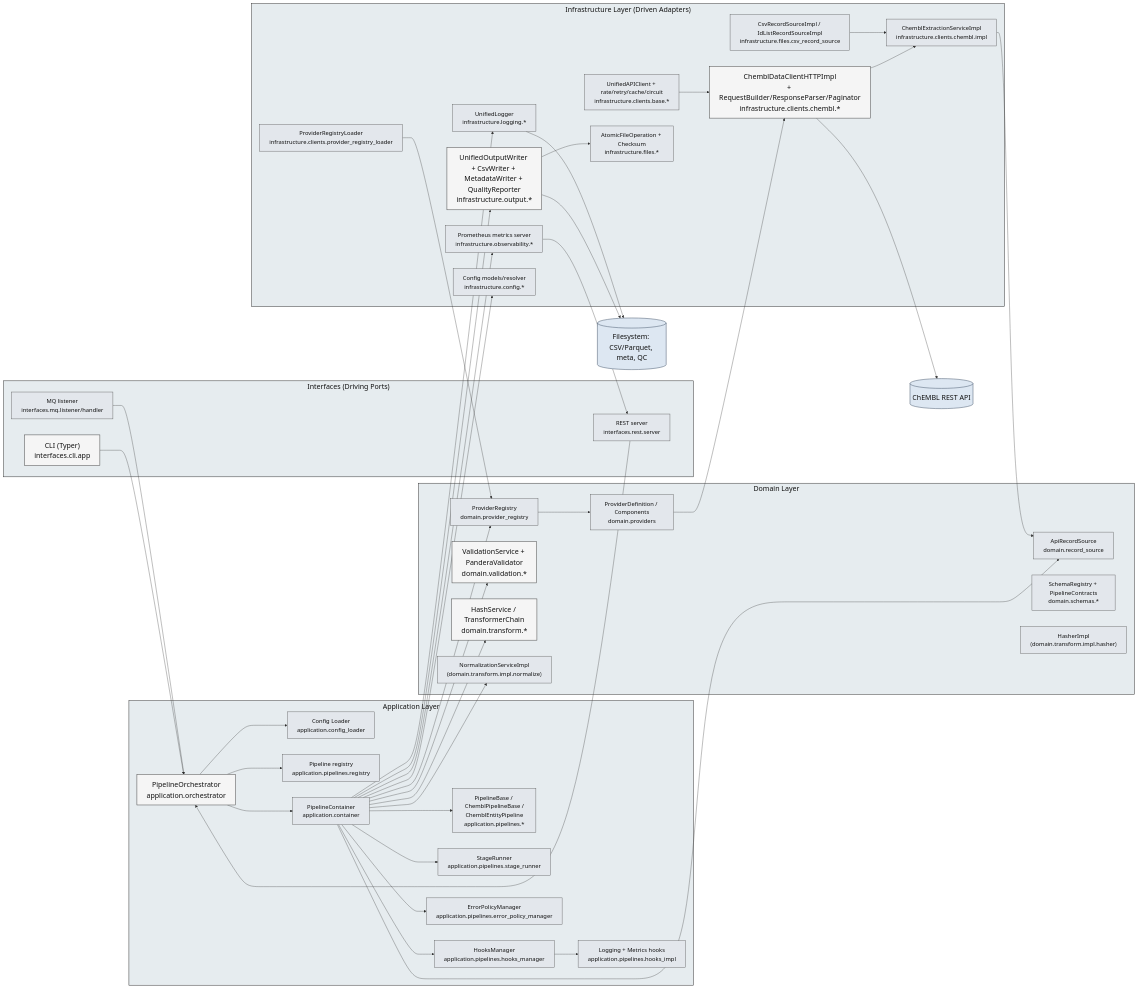
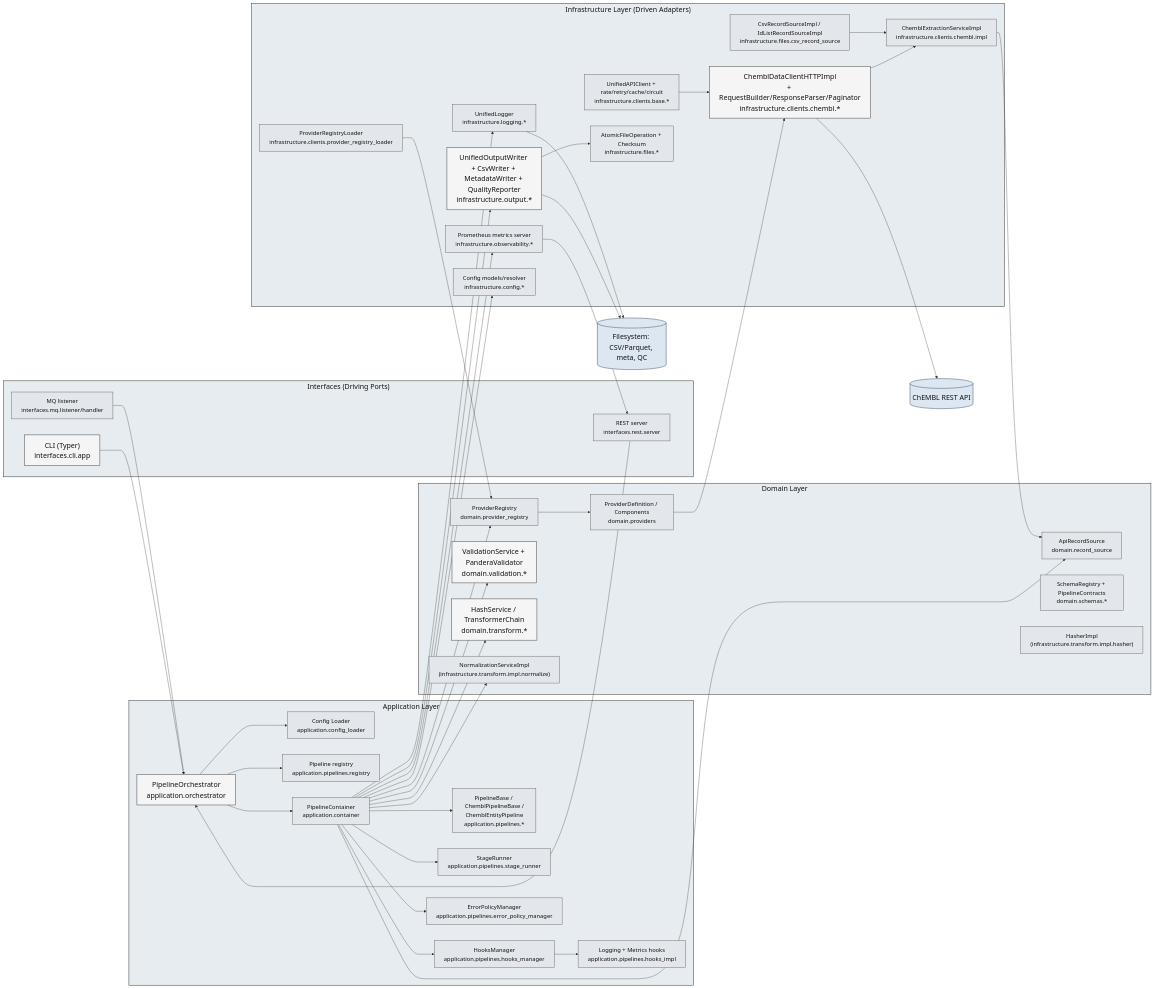
The diagram in docs/architecture/diagrams/flow/project-package-structure.mmd (SatoryKono/BioactivityDataAcquisition), drawn with Mermaid before and after one commit. The commit also changed 29 other files, not shown here.

Commit message:
Refactor normalization implementations to infrastructure layer

```diff
--- a/docs/architecture/diagrams/flow/project-package-structure.mmd
+++ b/docs/architecture/diagrams/flow/project-package-structure.mmd
@@ -1,91 +1,91 @@
 ---
 id: e68c4503-315d-4046-98fd-934e38b85e98
 ---
 flowchart LR
 
 classDef componentPrimary   fill:#f5f5f5,stroke:#444,stroke-width:1.5px,color:#111,font-size:22px;
 classDef componentSecondary fill:#e3e7ec,stroke:#555,stroke-width:1.2px,color:#111,font-size:18px;
 classDef external           fill:#dde7f2,stroke:#44546a,stroke-width:1.5px,color:#111,font-size:22px;
 classDef group              fill:#e6ecef,stroke:#333,stroke-width:1.5px,color:#111,font-size:22px;
 
 subgraph Interfaces["Interfaces (Driving Ports)"]
   CLI["CLI (Typer)\ninterfaces.cli.app"]:::componentPrimary
   REST["REST server\ninterfaces.rest.server"]:::componentSecondary
   MQ["MQ listener\ninterfaces.mq.listener/handler"]:::componentSecondary
 end
 class Interfaces group;
 
 subgraph Application["Application Layer"]
   Orchestrator["PipelineOrchestrator\napplication.orchestrator"]:::componentPrimary
   ConfigLoader["Config Loader\napplication.config_loader"]:::componentSecondary
   PipelineRegistry["Pipeline registry\napplication.pipelines.registry"]:::componentSecondary
   Container["PipelineContainer\napplication.container"]:::componentSecondary
   Pipelines["PipelineBase / ChemblPipelineBase /\nChemblEntityPipeline\napplication.pipelines.*"]:::componentSecondary
   StageRunner["StageRunner\napplication.pipelines.stage_runner"]:::componentSecondary
   HooksManager["HooksManager\napplication.pipelines.hooks_manager"]:::componentSecondary
   ErrorPolicyMgr["ErrorPolicyManager\napplication.pipelines.error_policy_manager"]:::componentSecondary
   HooksImpl["Logging + Metrics hooks\napplication.pipelines.hooks_impl"]:::componentSecondary
 end
 class Application group;
 
 subgraph Domain["Domain Layer"]
   ProviderRegistry["ProviderRegistry\ndomain.provider_registry"]:::componentSecondary
   Providers["ProviderDefinition / Components\ndomain.providers"]:::componentSecondary
   RecordSource["ApiRecordSource\ndomain.record_source"]:::componentSecondary
   Validation["ValidationService + PanderaValidator\ndomain.validation.*"]:::componentPrimary
   Schemas["SchemaRegistry + PipelineContracts\ndomain.schemas.*"]:::componentSecondary
   Transform["HashService / TransformerChain\ndomain.transform.*"]:::componentPrimary
-  Normalization["NormalizationServiceImpl\n(domain.transform.impl.normalize)"]:::componentSecondary
-  Hashing["HasherImpl\n(domain.transform.impl.hasher)"]:::componentSecondary
+  Normalization["NormalizationServiceImpl\n(infrastructure.transform.impl.normalize)"]:::componentSecondary
+  Hashing["HasherImpl\n(infrastructure.transform.impl.hasher)"]:::componentSecondary
 end
 class Domain group;
 
 subgraph Infrastructure["Infrastructure Layer (Driven Adapters)"]
   ProviderLoader["ProviderRegistryLoader\ninfrastructure.clients.provider_registry_loader"]:::componentSecondary
   ClientsBase["UnifiedAPIClient + rate/retry/cache/circuit\ninfrastructure.clients.base.*"]:::componentSecondary
   ChemblClient["ChemblDataClientHTTPImpl\n+ RequestBuilder/ResponseParser/Paginator\ninfrastructure.clients.chembl.*"]:::componentPrimary
   Extraction["ChemblExtractionServiceImpl\ninfrastructure.clients.chembl.impl"]:::componentSecondary
   RecordSources["CsvRecordSourceImpl / IdListRecordSourceImpl\ninfrastructure.files.csv_record_source"]:::componentSecondary
   Output["UnifiedOutputWriter + CsvWriter + MetadataWriter + QualityReporter\ninfrastructure.output.*"]:::componentPrimary
   AtomicIO["AtomicFileOperation + Checksum\ninfrastructure.files.*"]:::componentSecondary
   Logging["UnifiedLogger\ninfrastructure.logging.*"]:::componentSecondary
   Observability["Prometheus metrics server\ninfrastructure.observability.*"]:::componentSecondary
   Config["Config models/resolver\ninfrastructure.config.*"]:::componentSecondary
 end
 class Infrastructure group;
 
 ChEMBL_API[(ChEMBL REST API)]:::external
 Storage[(Filesystem: CSV/Parquet, meta, QC)]:::external
 
 CLI --> Orchestrator
 REST --> Orchestrator
 MQ --> Orchestrator
 Orchestrator --> ConfigLoader
 Orchestrator --> PipelineRegistry
 Orchestrator --> Container
 Container --> Pipelines
 Container --> StageRunner
 Container --> HooksManager
 Container --> ErrorPolicyMgr
 HooksManager --> HooksImpl
 Container --> Validation
 Container --> Normalization
 Container --> Transform
 Container --> ProviderRegistry
 Container --> RecordSource
 Container --> Output
 Container --> Logging
 Container --> Observability
 Container --> Config
 ProviderRegistry --> Providers
 ProviderLoader --> ProviderRegistry
 Providers --> ChemblClient
 ClientsBase --> ChemblClient
 ChemblClient --> Extraction
 RecordSources --> Extraction
 Extraction --> RecordSource
 ChemblClient --> ChEMBL_API
 Output --> AtomicIO
 Output --> Storage
 Observability --> REST
 Logging --> Storage
```
